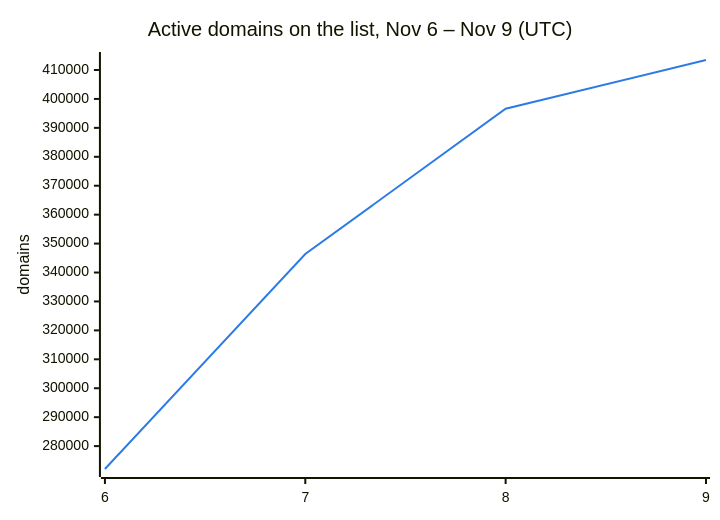
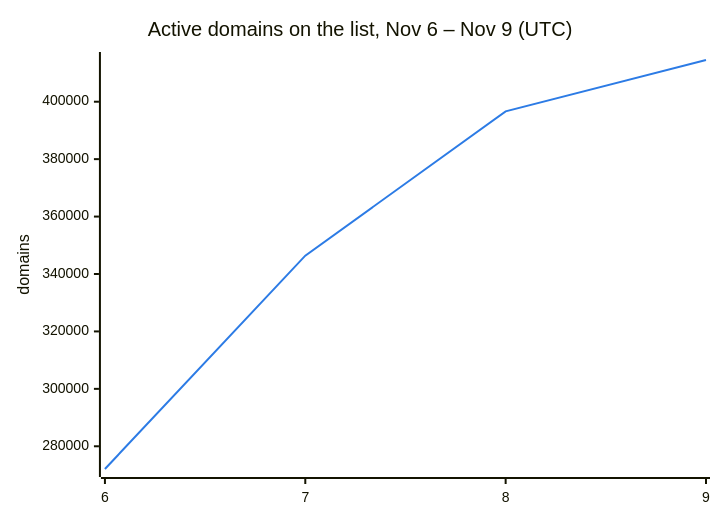
The second of 3 diagrams in README.md (DNSBunker/CTI), drawn with Mermaid before and after one commit. The commit also changed other lines of this file and 3 other files, not shown here.

````diff
--- a/README.md
+++ b/README.md
@@ -38,8 +38,8 @@
 ```mermaid
 %%{init: {"themeVariables": {"xyChart": {"plotColorPalette": "#2c7be5"}}}}%%
 xychart-beta
     title "Active domains on the list, Nov 6 – Nov 9 (UTC)"
     x-axis ["6", "7", "8", "9"]
     y-axis "domains"
-    line [272088, 346388, 396638, 413456]
+    line [272088, 346388, 396638, 414527]
 ```
````
